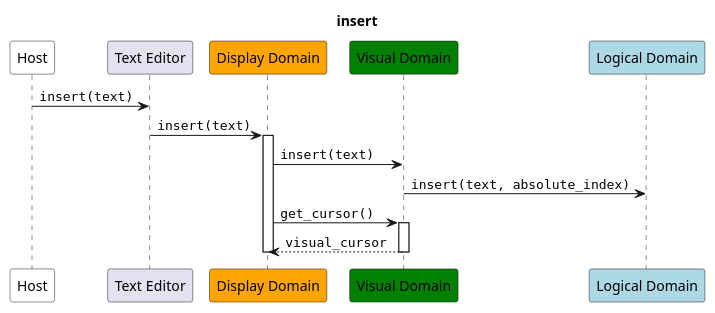
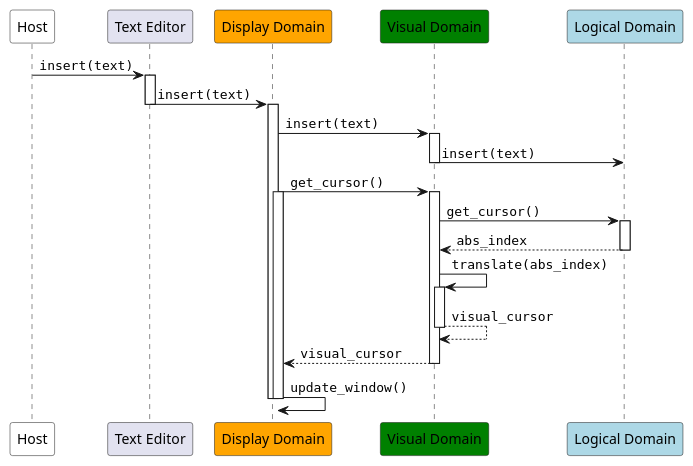
Before and after one commit to JoeRittiner/TextEngine: the diagram in docs/source/specs/architecture/diagrams/seq_insert.puml, drawn with PlantUML. The commit also changed 12 other files, not shown here.

First line of the commit message:
doc: Update the index and main diagrams.

```diff
--- a/docs/source/specs/architecture/diagrams/seq_insert.puml
+++ b/docs/source/specs/architecture/diagrams/seq_insert.puml
@@ -1,28 +1,39 @@
 @startuml
-
-title insert
 
 participant Host as App #white
 participant "Text Editor" as Facade
 participant "Display Domain" as DD #orange
 participant "Visual Domain" as VD #green
 participant "Logical Domain" as LD #lightblue
 
 
 App -> Facade : ""insert(text)""
+activate Facade
 
 Facade -> DD : ""insert(text)""
+deactivate Facade
 activate DD
 
 DD -> VD : ""insert(text)""
+activate VD
 
-VD -> LD : ""insert(text, absolute_index)""
+VD -> LD : ""insert(text)""
+deactivate VD
 
 DD -> VD : ""get_cursor()""
+    activate DD
     activate VD
+
+    VD -> LD : ""get_cursor()""
+    activate LD
+        return ""abs_index""
+    VD -> VD :  ""translate(abs_index)""
+    activate VD
+       return ""visual_cursor""
     return ""visual_cursor""
 
+    DD -> DD : ""update_window()""
+deactivate DD
 deactivate DD
 
-
 @enduml
```
